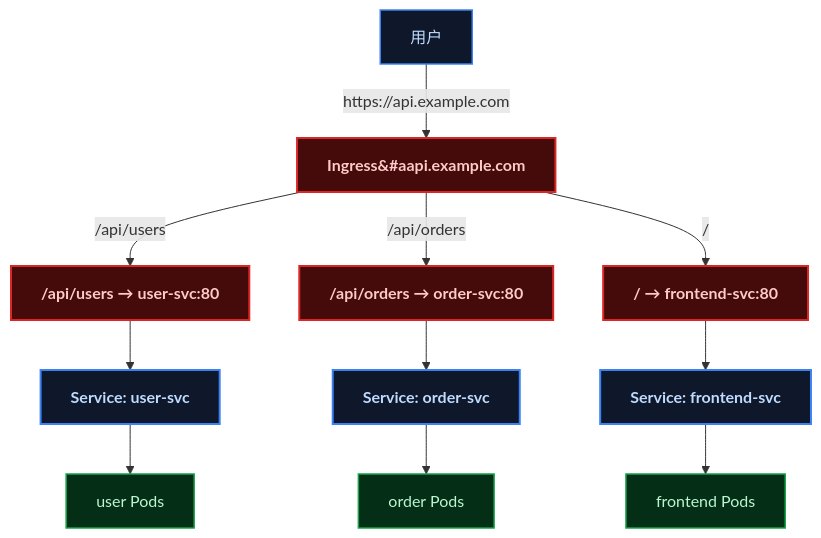
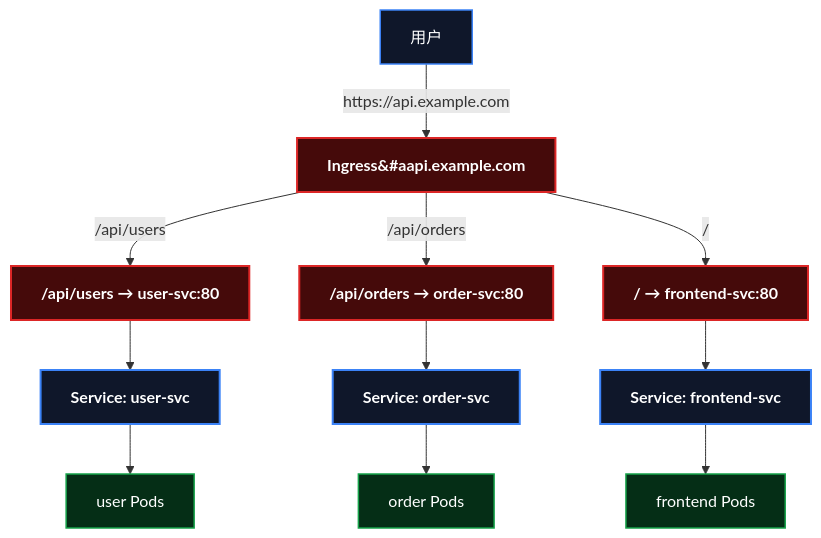
One commit to yaocat55/yaocat55.github.io changed the first of 5 diagrams in content/posts/kubernetes/K8sDeveloperPanorama.md. Above: the diagram before and after it, drawn with Mermaid. The commit also changed other lines of this file and 27 other files, not shown here.

Commit message:
docs: 全系列 93 张 Mermaid 图 classDef 改为 style 强制深底白字(修复部分渲染器白底浅字)+历史文件格式清理

````diff
--- a/content/posts/kubernetes/K8sDeveloperPanorama.md
+++ b/content/posts/kubernetes/K8sDeveloperPanorama.md
@@ -71,37 +71,36 @@
 ```mermaid
 flowchart TD
   USER["用户"]
   INGRESS["Ingress&#aapi.example.com"]
   EP1["/api/users → user-svc:80"]
   EP2["/api/orders → order-svc:80"]
   EP3["/ → frontend-svc:80"]
   SVC1["Service: user-svc"]
   SVC2["Service: order-svc"]
   SVC3["Service: frontend-svc"]
   POD1["user Pods"]
   POD2["order Pods"]
   POD3["frontend Pods"]
 
   USER -->|"https://api.example.com"| INGRESS
   INGRESS -->|"/api/users"| EP1
   INGRESS -->|"/api/orders"| EP2
   INGRESS -->|"/"| EP3
   EP1 --> SVC1
   EP2 --> SVC2
   EP3 --> SVC3
   SVC1 --> POD1
   SVC2 --> POD2
   SVC3 --> POD3
-
-classDef user fill:#0f172a,stroke:#3b82f6,stroke-width:1.5px,color:#bfdbfe;
-  class USER user
-
-classDef ingress fill:#450a0a,stroke:#dc2626,stroke-width:2px,color:#fecaca,font-weight:bold;
-  class INGRESS,EP1,EP2,EP3 ingress
-
-classDef svc fill:#0f172a,stroke:#3b82f6,stroke-width:2px,color:#bfdbfe,font-weight:bold;
-  class SVC1,SVC2,SVC3 svc
-
-classDef pod fill:#052e16,stroke:#16a34a,stroke-width:1.5px,color:#bbf7d0;
-  class POD1,POD2,POD3 pod
+    style USER fill:#0f172a,stroke:#3b82f6,stroke-width:1.5px,color:#ffffff
+    style INGRESS fill:#450a0a,stroke:#dc2626,stroke-width:2px,color:#ffffff,font-weight:bold
+    style EP1 fill:#450a0a,stroke:#dc2626,stroke-width:2px,color:#ffffff,font-weight:bold
+    style EP2 fill:#450a0a,stroke:#dc2626,stroke-width:2px,color:#ffffff,font-weight:bold
+    style EP3 fill:#450a0a,stroke:#dc2626,stroke-width:2px,color:#ffffff,font-weight:bold
+    style SVC1 fill:#0f172a,stroke:#3b82f6,stroke-width:2px,color:#ffffff,font-weight:bold
+    style SVC2 fill:#0f172a,stroke:#3b82f6,stroke-width:2px,color:#ffffff,font-weight:bold
+    style SVC3 fill:#0f172a,stroke:#3b82f6,stroke-width:2px,color:#ffffff,font-weight:bold
+    style POD1 fill:#052e16,stroke:#16a34a,stroke-width:1.5px,color:#ffffff
+    style POD2 fill:#052e16,stroke:#16a34a,stroke-width:1.5px,color:#ffffff
+    style POD3 fill:#052e16,stroke:#16a34a,stroke-width:1.5px,color:#ffffff
 ```
````
